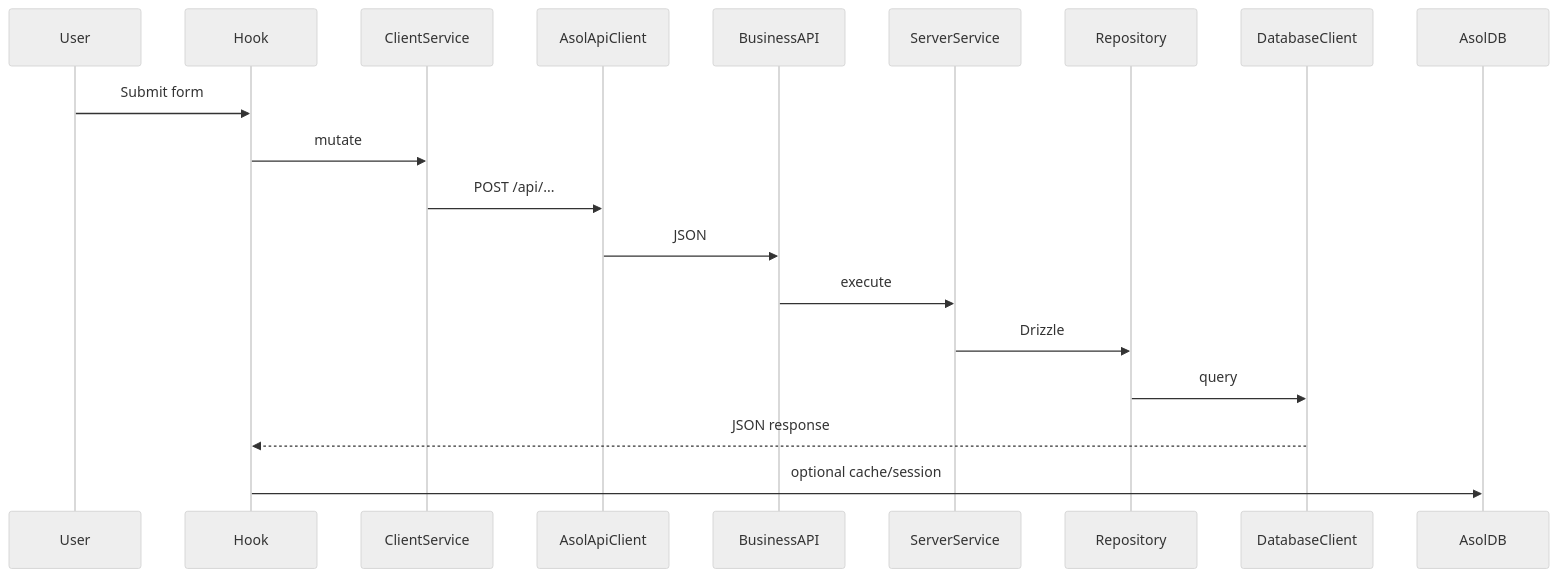
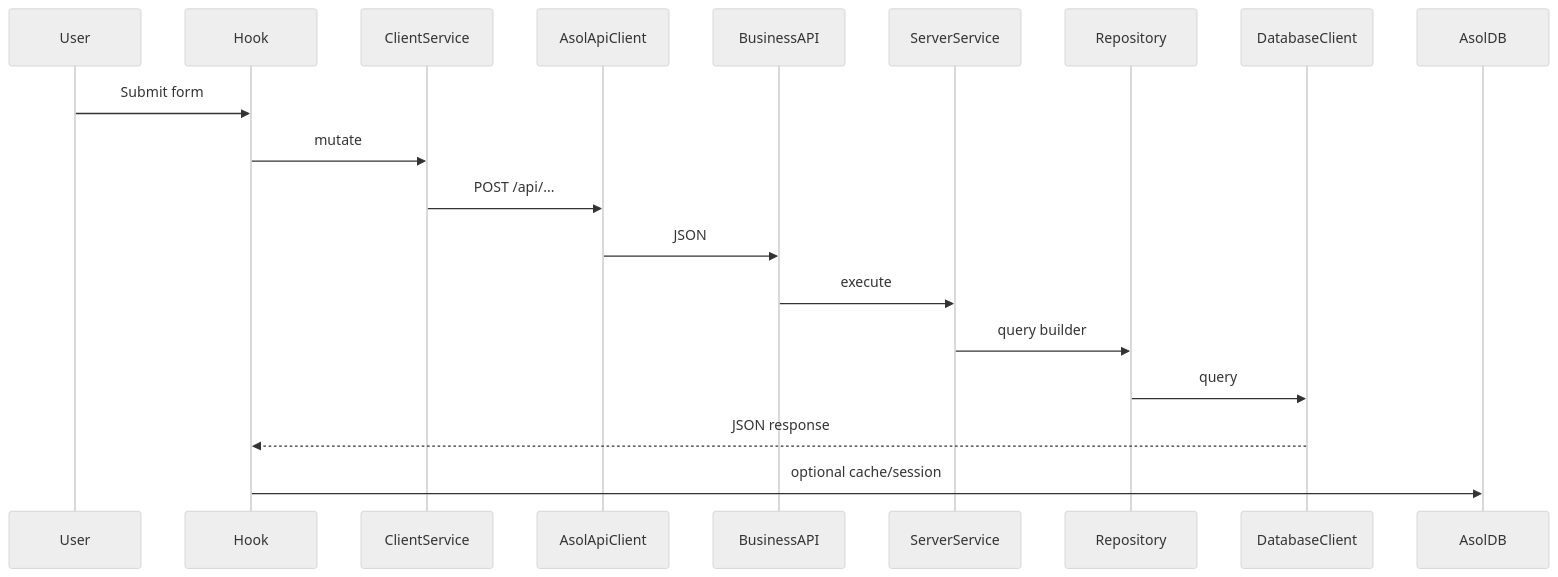
One commit to printcode1000-lgtm/gova changed the diagram in docs/07-mobile-and-release/scripts-and-workflows.md. Above: the diagram before and after it, drawn with Mermaid (neutral theme). The commit also changed other lines of this file and 416 other files, not shown here.

````diff
--- a/docs/07-mobile-and-release/scripts-and-workflows.md
+++ b/docs/07-mobile-and-release/scripts-and-workflows.md
@@ -172,12 +169,12 @@
 ```mermaid
 sequenceDiagram
     User->>Hook: Submit form
     Hook->>ClientService: mutate
     ClientService->>AsolApiClient: POST /api/...
     AsolApiClient->>BusinessAPI: JSON
     BusinessAPI->>ServerService: execute
-    ServerService->>Repository: Drizzle
+    ServerService->>Repository: query builder
     Repository->>DatabaseClient: query
     DatabaseClient-->>Hook: JSON response
     Hook->>AsolDB: optional cache/session
 ```
````
